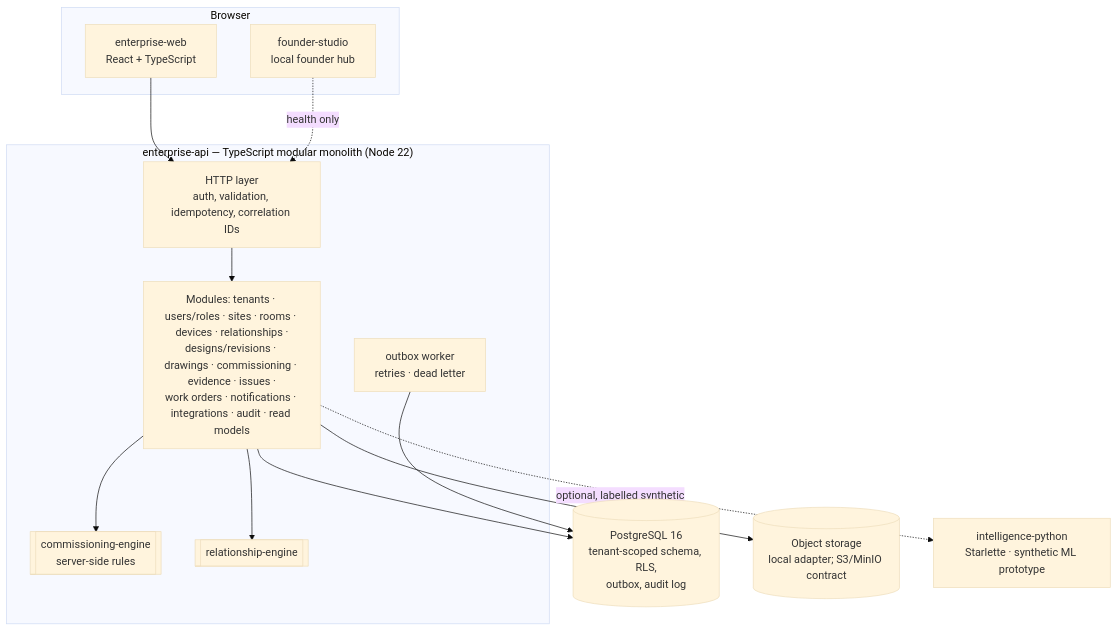
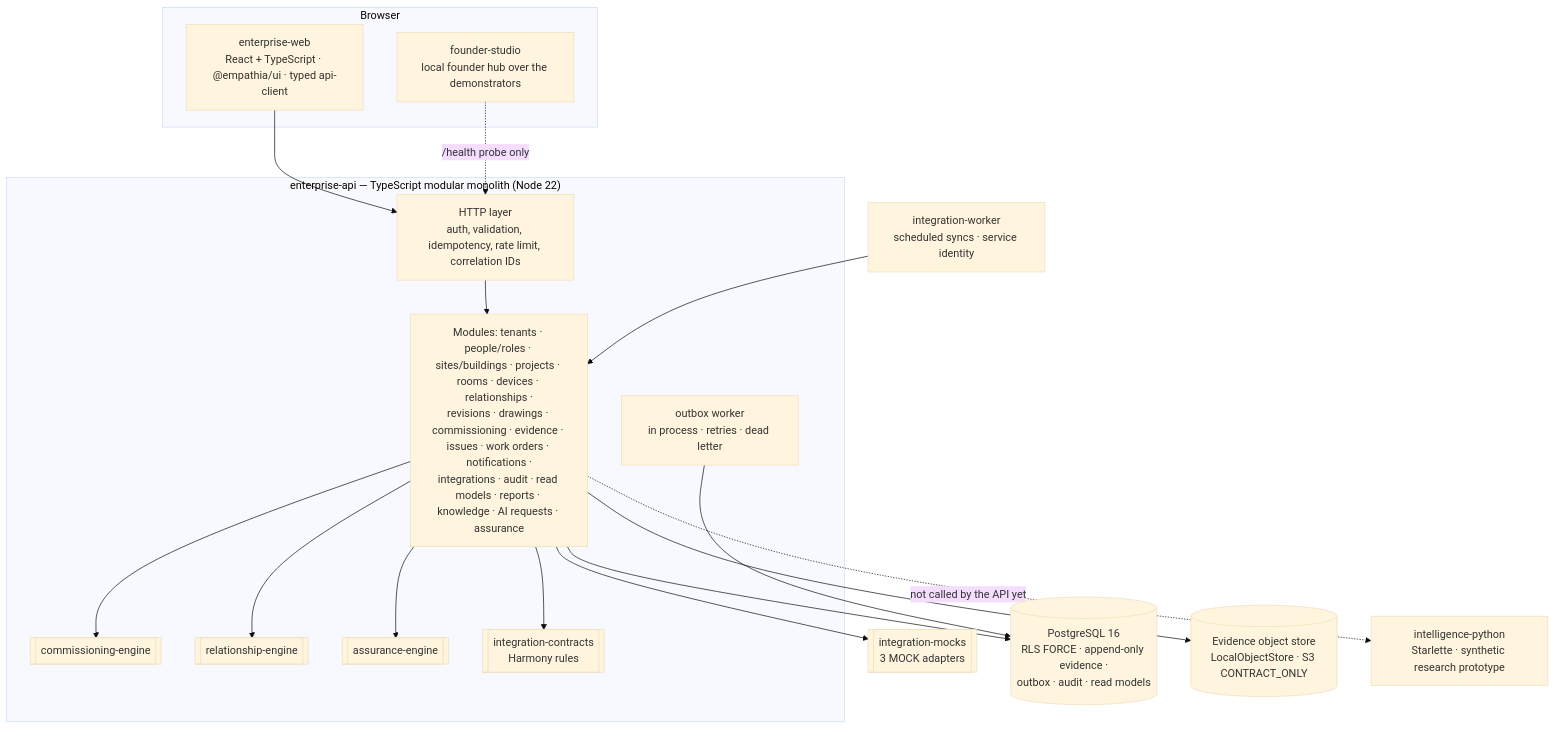
One commit to jeremiahjohnson754-cmyk/empathia-technologies changed the diagram in docs/architecture/diagrams/02-containers.mmd. Above: the diagram before and after it, drawn with Mermaid (base theme). The commit also changed 179 other files, not shown here.

```diff
--- a/docs/architecture/diagrams/02-containers.mmd
+++ b/docs/architecture/diagrams/02-containers.mmd
@@ -1,25 +1,31 @@
-%% Containers of the production starter (services/, apps/, packages/). One modular monolith; Python only for the ML research prototype.
+%% Containers of the production starter (services/, apps/, packages/, integrations/). One modular monolith plus two worker processes;
+%% Python only for the synthetic ML research prototype. Arrows are calls that exist in code today; dotted = not wired yet.
 flowchart TB
   subgraph Browser
-    WEB[enterprise-web<br/>React + TypeScript]
-    STUDIO[founder-studio<br/>local founder hub]
+    WEB[enterprise-web<br/>React + TypeScript · @empathia/ui · typed api-client]
+    STUDIO[founder-studio<br/>local founder hub over the demonstrators]
   end
   subgraph API["enterprise-api — TypeScript modular monolith (Node 22)"]
-    HTTP[HTTP layer<br/>auth, validation, idempotency, correlation IDs]
-    MODS[Modules: tenants · users/roles · sites · rooms · devices · relationships ·<br/>designs/revisions · drawings · commissioning · evidence · issues ·<br/>work orders · notifications · integrations · audit · read models]
-    ENGINE[[commissioning-engine<br/>server-side rules]]
+    HTTP[HTTP layer<br/>auth, validation, idempotency, rate limit, correlation IDs]
+    MODS[Modules: tenants · people/roles · sites/buildings · projects · rooms · devices · relationships ·<br/>revisions · drawings · commissioning · evidence · issues · work orders · notifications ·<br/>integrations · audit · read models · reports · knowledge · AI requests · assurance]
+    ENGINE[[commissioning-engine]]
     REL[[relationship-engine]]
-    WORKER[outbox worker<br/>retries · dead letter]
+    ASSURE[[assurance-engine]]
+    HARM[[integration-contracts<br/>Harmony rules]]
+    OUTBOX[outbox worker<br/>in process · retries · dead letter]
   end
-  PG[(PostgreSQL 16<br/>tenant-scoped schema, RLS,<br/>outbox, audit log)]
-  OBJ[(Object storage<br/>local adapter; S3/MinIO contract)]
-  PY[intelligence-python<br/>Starlette · synthetic ML prototype]
+  IW[integration-worker<br/>scheduled syncs · service identity]
+  MOCKS[[integration-mocks<br/>3 MOCK adapters]]
+  PG[(PostgreSQL 16<br/>RLS FORCE · append-only evidence ·<br/>outbox · audit · read models)]
+  OBJ[(Evidence object store<br/>LocalObjectStore · S3 CONTRACT_ONLY)]
+  PY[intelligence-python<br/>Starlette · synthetic research prototype]
   WEB --> HTTP
-  STUDIO -. health only .-> HTTP
+  STUDIO -. "/health probe only" .-> HTTP
   HTTP --> MODS
-  MODS --> ENGINE
-  MODS --> REL
+  MODS --> ENGINE & REL & ASSURE & HARM
   MODS --> PG
   MODS --> OBJ
-  WORKER --> PG
-  MODS -. optional, labelled synthetic .-> PY
+  OUTBOX --> PG
+  IW --> MODS
+  MODS --> MOCKS
+  MODS -. "not called by the API yet" .-> PY
```
